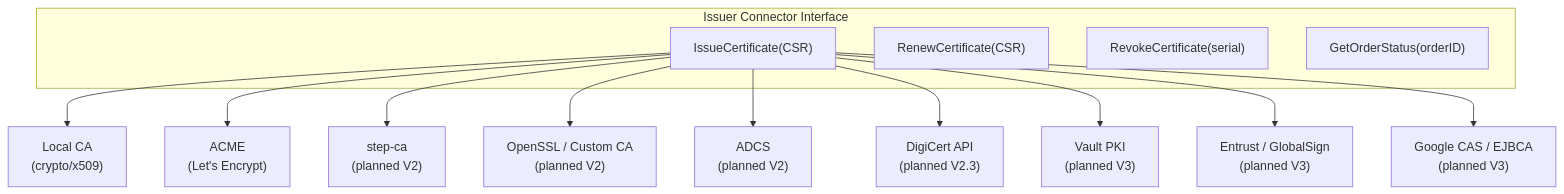
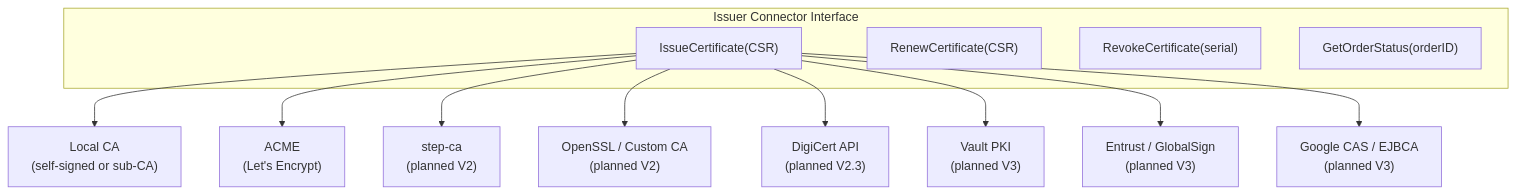
One commit to certctl-io/certctl changed the second of 6 diagrams in docs/demo-advanced.md. Above: the diagram before and after it, drawn with Mermaid. The commit also changed other lines of this file and 3 other files, not shown here.

````diff
--- a/docs/demo-advanced.md
+++ b/docs/demo-advanced.md
@@ -121,19 +121,18 @@
 ```mermaid
 flowchart TD
     subgraph "Issuer Connector Interface"
         A["IssueCertificate(CSR)"]
         B["RenewCertificate(CSR)"]
         C["RevokeCertificate(serial)"]
         D["GetOrderStatus(orderID)"]
     end
 
-    A --> E["Local CA\n(crypto/x509)"]
+    A --> E["Local CA\n(self-signed or sub-CA)"]
     A --> F["ACME\n(Let's Encrypt)"]
     A --> G["step-ca\n(planned V2)"]
     A --> H["OpenSSL / Custom CA\n(planned V2)"]
-    A --> I["ADCS\n(planned V2)"]
     A --> J["DigiCert API\n(planned V2.3)"]
     A --> K["Vault PKI\n(planned V3)"]
     A --> L["Entrust / GlobalSign\n(planned V3)"]
     A --> M["Google CAS / EJBCA\n(planned V3)"]
 ```
````
